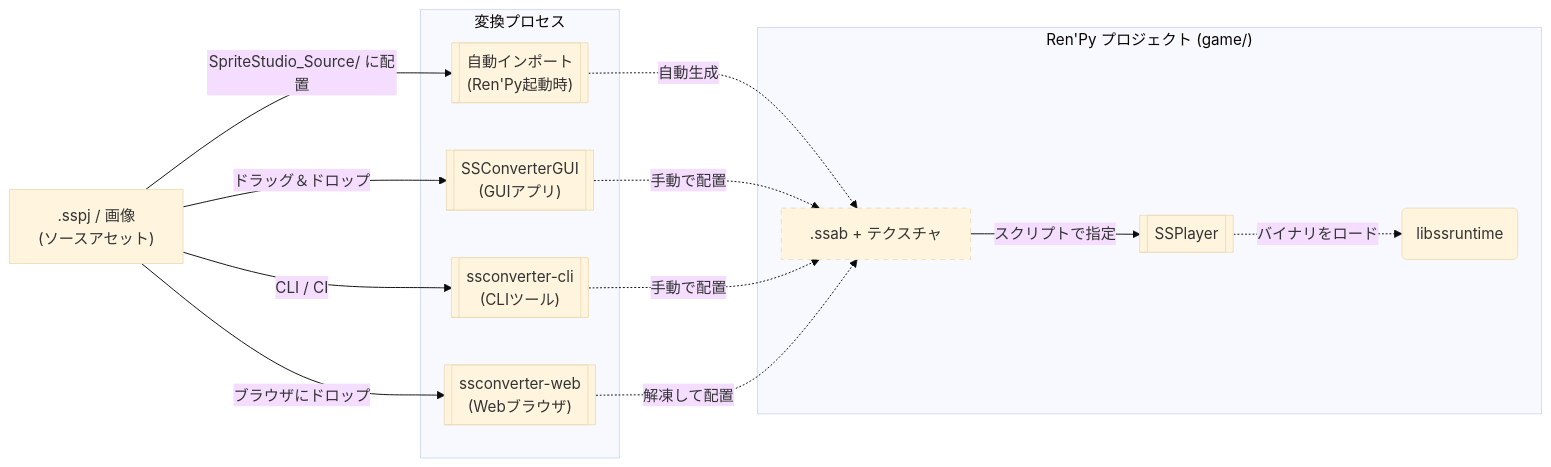
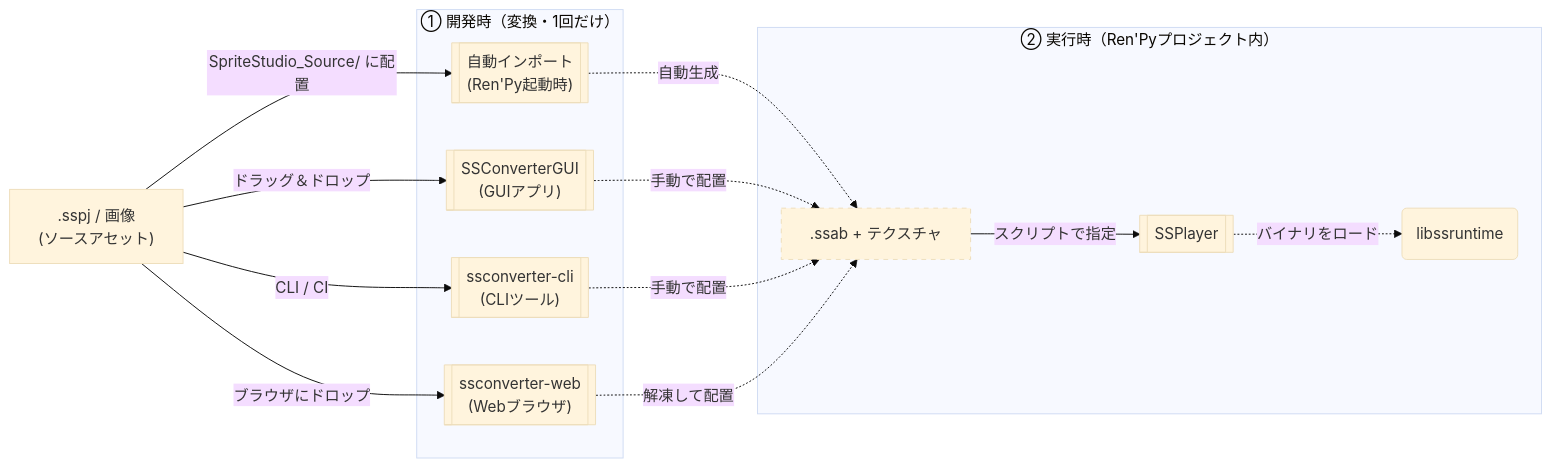
The diagram in docs/ja/import.md (cri-middleware/SSPlayerForRenPy), drawn with Mermaid (base theme) before and after one commit. The commit also changed other lines of this file and 1 other file, not shown here.

Commit message:
docs: clarify that .sspj conversion is a one-time development process

````diff
--- a/docs/ja/import.md
+++ b/docs/ja/import.md
@@ -5,32 +7,32 @@
 ```mermaid
 graph LR
     SS[" .sspj / 画像<br>(ソースアセット) "]
 
-    subgraph Convert ["変換プロセス"]
+    subgraph Convert ["① 開発時（変換・1回だけ）"]
         AUTO[[" 自動インポート<br>(Ren'Py起動時) "]]
         GUI[[" SSConverterGUI<br>(GUIアプリ) "]]
         CLI[[" ssconverter-cli<br>(CLIツール) "]]
         WEB[[" ssconverter-web<br>(Webブラウザ) "]]
     end
 
-    subgraph RenPy ["Ren'Py プロジェクト (game/)"]
+    subgraph RenPy ["② 実行時（Ren'Pyプロジェクト内）"]
         BIN[" .ssab + テクスチャ "]
         NODE[[ SSPlayer ]]
         RT(" libssruntime ")
     end
 
     SS -- "SpriteStudio_Source/ に配置" --> AUTO
     SS -- "ドラッグ＆ドロップ" --> GUI
     SS -- "CLI / CI" --> CLI
     SS -- "ブラウザにドロップ" --> WEB
     AUTO -. "自動生成" .-> BIN
     GUI -. "手動で配置" .-> BIN
     CLI -. "手動で配置" .-> BIN
     WEB -. "解凍して配置" .-> BIN
     
     BIN -- "スクリプトで指定" --> NODE
     NODE -. "バイナリをロード" .-> RT
 
     classDef generated stroke-dasharray: 5 5;
     class BIN generated;
 ```
````
